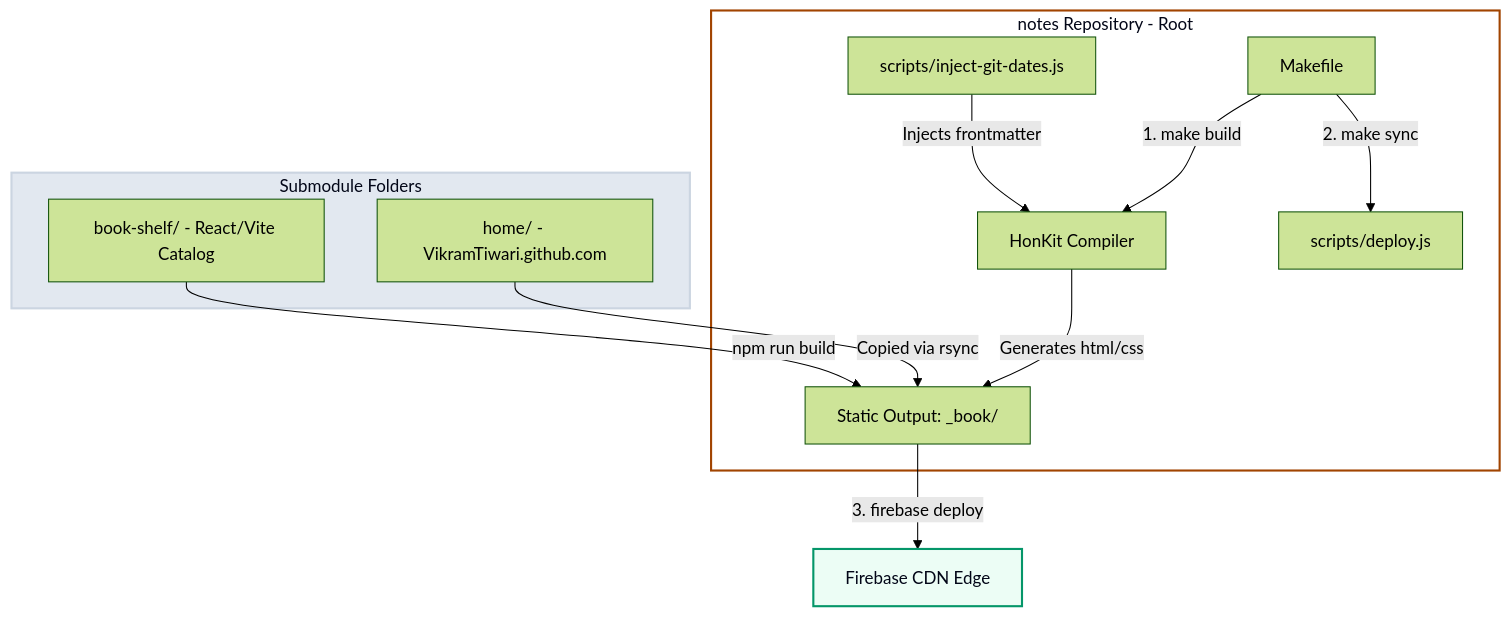
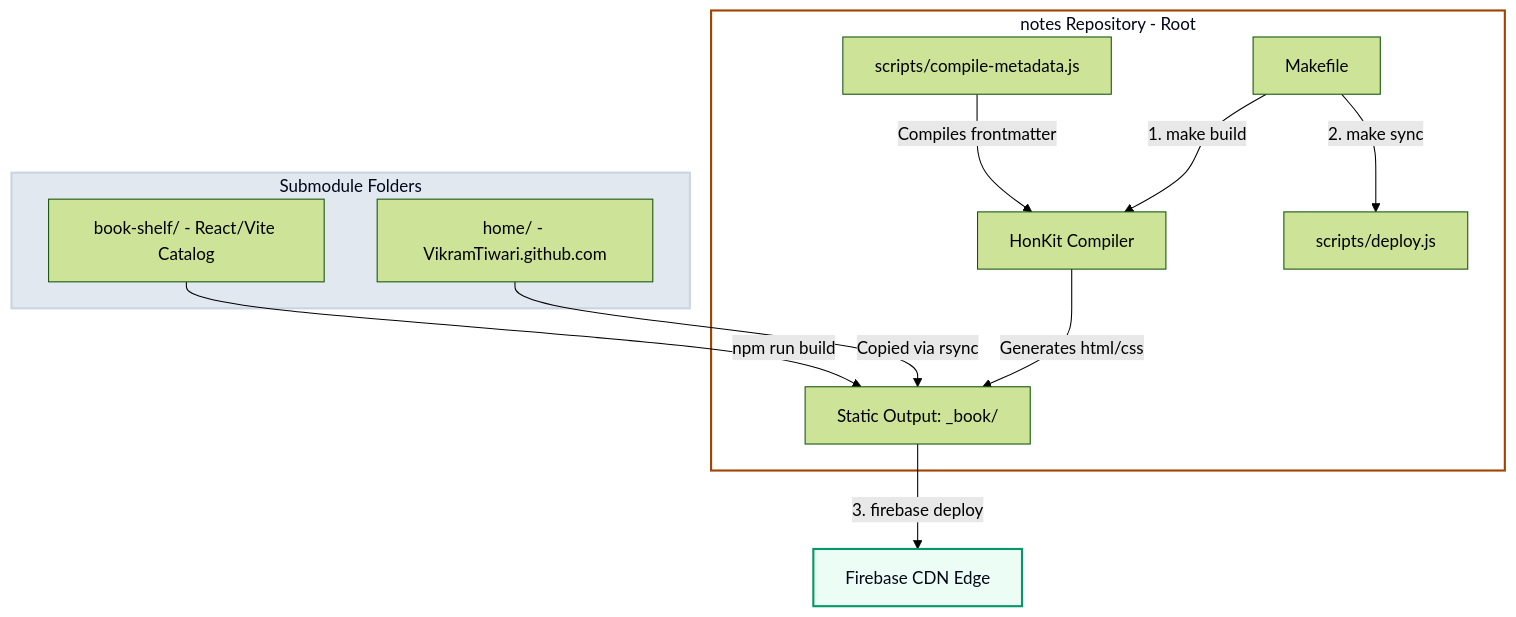
The diagram in side-projects/notes-architecture.md (VikramTiwari/notes), drawn with Mermaid (forest theme) before and after one commit. The commit also changed other lines of this file and 76 other files, not shown here.

````diff
--- a/side-projects/notes-architecture.md
+++ b/side-projects/notes-architecture.md
@@ -18,20 +19,20 @@
 ```mermaid
 graph TD
     subgraph Parent ["notes Repository - Root"]
         M["Makefile"] -->|"1. make build"| H["HonKit Compiler"]
         M -->|"2. make sync"| S["scripts/deploy.js"]
         H -->|"Generates html/css"| O["Static Output: _book/"]
-        D["scripts/inject-git-dates.js"] -->|"Injects frontmatter"| H
+        D["scripts/compile-metadata.js"] -->|"Compiles frontmatter"| H
     end
 
     subgraph Submodules ["Submodule Folders"]
         Home["home/ - VikramTiwari.github.com"] -->|"Copied via rsync"| O
         Books["book-shelf/ - React/Vite Catalog"] -->|"npm run build"| O
     end
 
     O -->|"3. firebase deploy"| F["Firebase CDN Edge"]
 
     style Parent fill:#ffffff,stroke:#a14400,stroke-width:2px,color:#020617
     style Submodules fill:#e2e8f0,stroke:#cbd5e1,stroke-width:2px,color:#020617
     style F fill:#ecfdf5,stroke:#059669,stroke-width:2px,color:#020617
 ```
````
